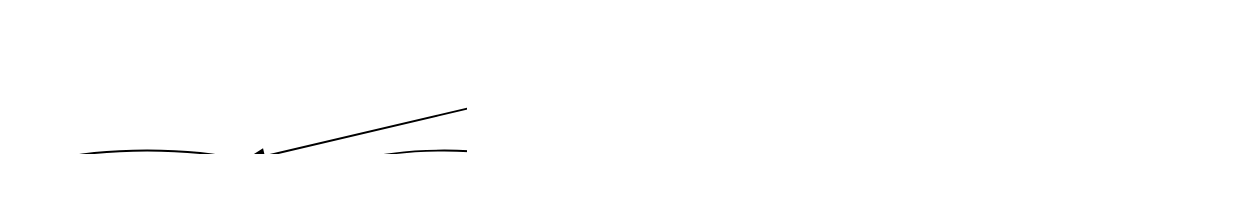
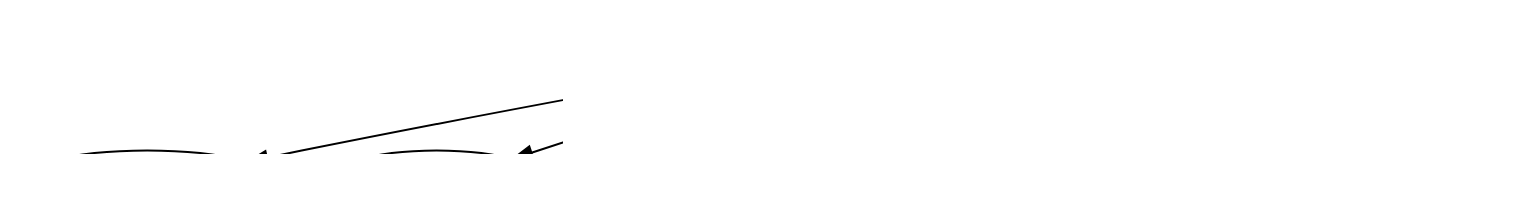
The diagram in docs/source/index.rst (Serapieum-of-alex/statista), drawn with Graphviz before and after one commit. The commit also changed other lines of this file and 1 other file, not shown here.

Commit message:
add docs for the timeseries module

```diff
--- a/docs/source/index.rst
+++ b/docs/source/index.rst
@@ -83,8 +83,9 @@
 .. digraph:: Linking
 
     statista -> distributions;
+    statista -> timeseries;
     statista -> descriptors;
     statista -> parameters;
     statista -> sensitivity;
     statista -> tools;
     dpi=200;
```
